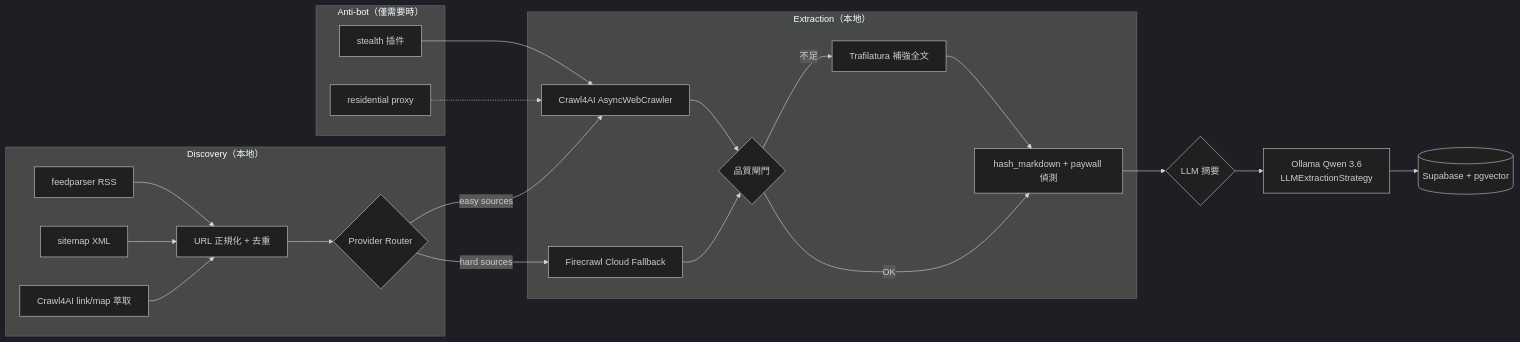
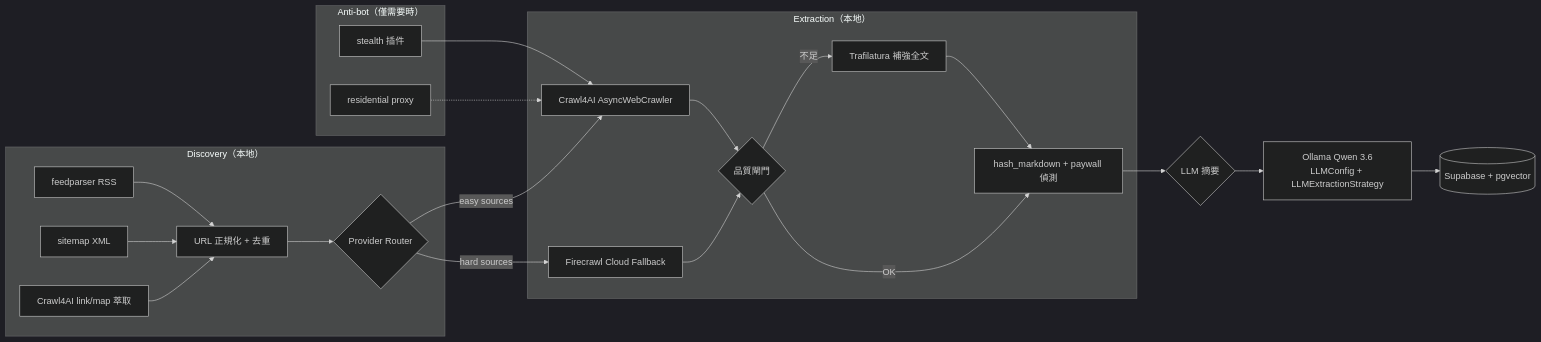
The diagram in docs/phase1/crawl4ai-migration-engineering-spec.md (Chonwai/BioMyne_Koji_Lab), drawn with Mermaid (dark theme) before and after one commit. The commit also changed other lines of this file, not shown here.

````diff
--- a/docs/phase1/crawl4ai-migration-engineering-spec.md
+++ b/docs/phase1/crawl4ai-migration-engineering-spec.md
@@ -74,28 +74,28 @@
 ```mermaid
 flowchart LR
     subgraph Discovery["Discovery（本地）"]
         A[feedparser RSS] --> D
         B[sitemap XML] --> D
         C[Crawl4AI link/map 萃取] --> D
         D[URL 正規化 + 去重] --> E
     end
 
     subgraph Extraction["Extraction（本地）"]
         E{Provider Router} -->|easy sources| F[Crawl4AI AsyncWebCrawler]
         E -->|hard sources| G[Firecrawl Cloud Fallback]
         F --> H{品質閘門}
         G --> H
         H -->|不足| I[Trafilatura 補強全文]
         H -->|OK| J
         I --> J[hash_markdown + paywall 偵測]
     end
 
     J --> K{LLM 摘要}
-    K --> L[Ollama Qwen 3.6<br/>LLMExtractionStrategy]
+    K --> L[Ollama Qwen 3.6<br/>LLMConfig + LLMExtractionStrategy]
     L --> M[(Supabase + pgvector)]
 
     subgraph AntiBot["Anti-bot（僅需要時）"]
         N[stealth 插件] --> F
         O[residential proxy] -.-> F
     end
 ```
````
